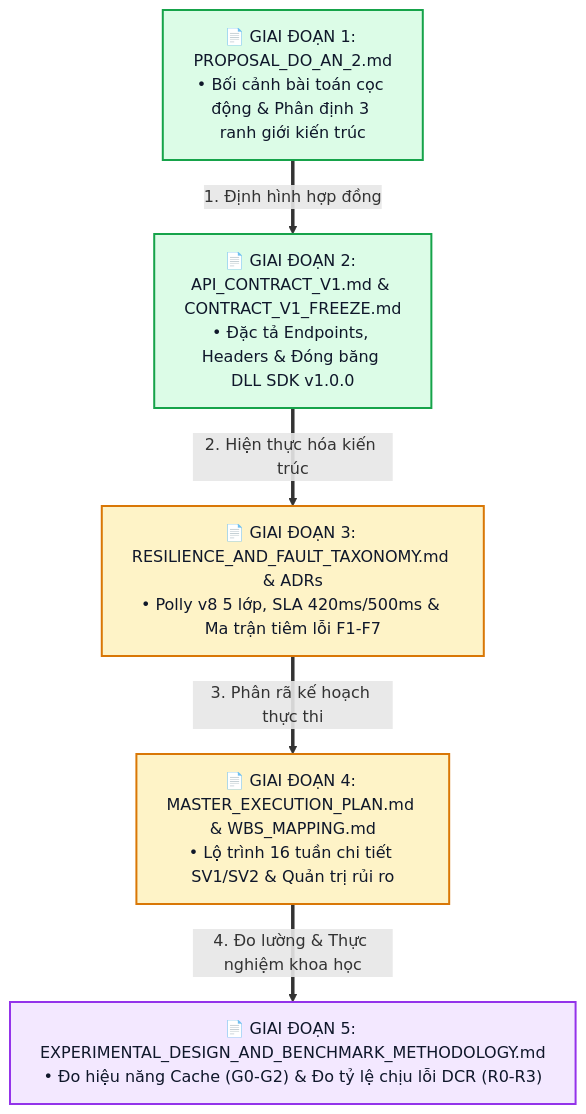
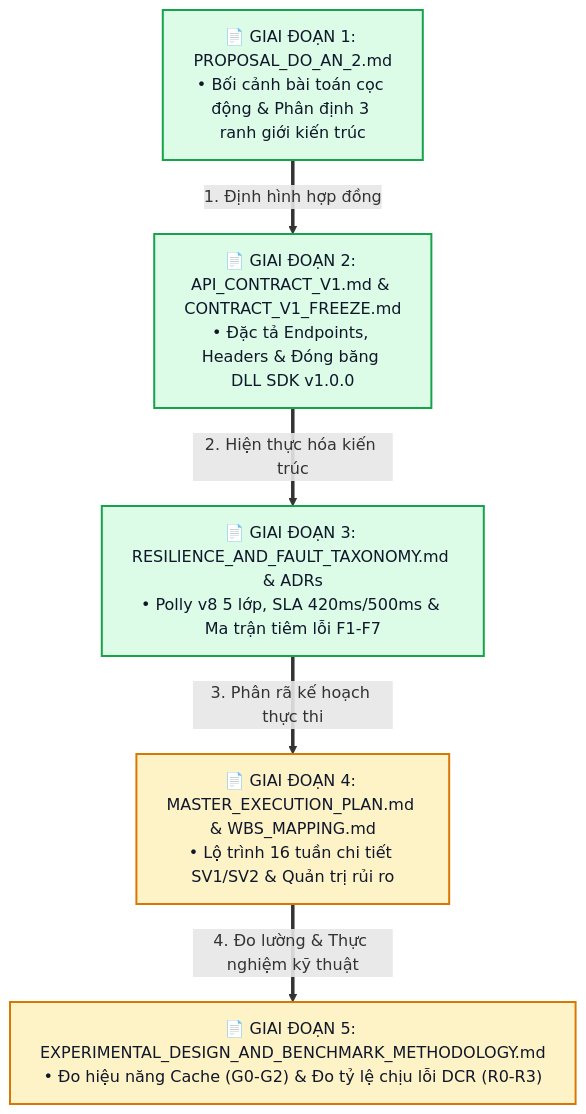
Before and after one commit to NguyenThanhTrung-N2T/TrustworthyAdaptiveDecisionSupportSystem-TADSS: the sixth of 7 diagrams in docs/PROJECT_BLUEPRINT_AND_SYSTEM_OVERVIEW.md, drawn with Mermaid. The commit also changed other lines of this file and 38 other files, not shown here.

````diff
--- a/docs/PROJECT_BLUEPRINT_AND_SYSTEM_OVERVIEW.md
+++ b/docs/PROJECT_BLUEPRINT_AND_SYSTEM_OVERVIEW.md
@@ -240,21 +241,20 @@
 ```mermaid
 flowchart TD
     D1["📄 GIAI ĐOẠN 1: PROPOSAL_DO_AN_2.md<br/>• Bối cảnh bài toán cọc động & Phân định 3 ranh giới kiến trúc"]
     D2["📄 GIAI ĐOẠN 2: API_CONTRACT_V1.md & CONTRACT_V1_FREEZE.md<br/>• Đặc tả Endpoints, Headers & Đóng băng DLL SDK v1.0.0"]
     D3["📄 GIAI ĐOẠN 3: RESILIENCE_AND_FAULT_TAXONOMY.md & ADRs<br/>• Polly v8 5 lớp, SLA 420ms/500ms & Ma trận tiêm lỗi F1-F7"]
     D4["📄 GIAI ĐOẠN 4: MASTER_EXECUTION_PLAN.md & WBS_MAPPING.md<br/>• Lộ trình 16 tuần chi tiết SV1/SV2 & Quản trị rủi ro"]
     D5["📄 GIAI ĐOẠN 5: EXPERIMENTAL_DESIGN_AND_BENCHMARK_METHODOLOGY.md<br/>• Đo hiệu năng Cache (G0-G2) & Đo tỷ lệ chịu lỗi DCR (R0-R3)"]
 
     D1 ==>|1. Định hình hợp đồng| D2
     D2 ==>|2. Hiện thực hóa kiến trúc| D3
     D3 ==>|3. Phân rã kế hoạch thực thi| D4
-    D4 ==>|4. Đo lường & Thực nghiệm khoa học| D5
+    D4 ==>|4. Đo lường & Thực nghiệm kỹ thuật| D5
 
     classDef pDone fill:#dcfce7,stroke:#16a34a,stroke-width:2px,color:#0f172a;
     classDef pInProg fill:#fef3c7,stroke:#d97706,stroke-width:2px,color:#0f172a;
     classDef pNext fill:#f3e8ff,stroke:#9333ea,stroke-width:2px,color:#0f172a;
 
-    class D1,D2 pDone;
-    class D3,D4 pInProg;
-    class D5 pNext;
+    class D1,D2,D3 pDone;
+    class D4,D5 pInProg;
 ```
````
